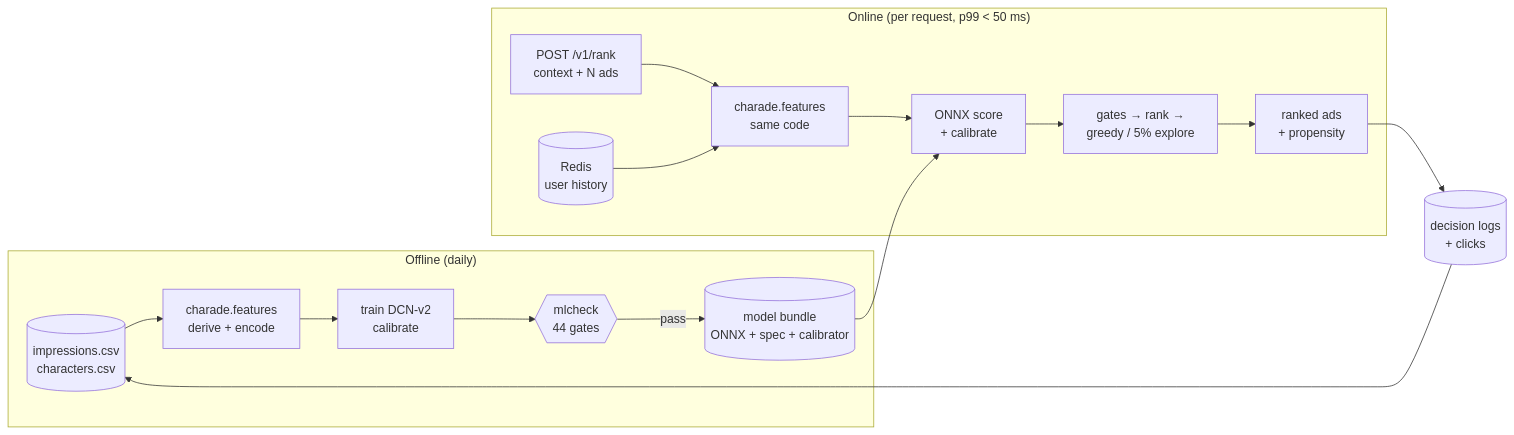
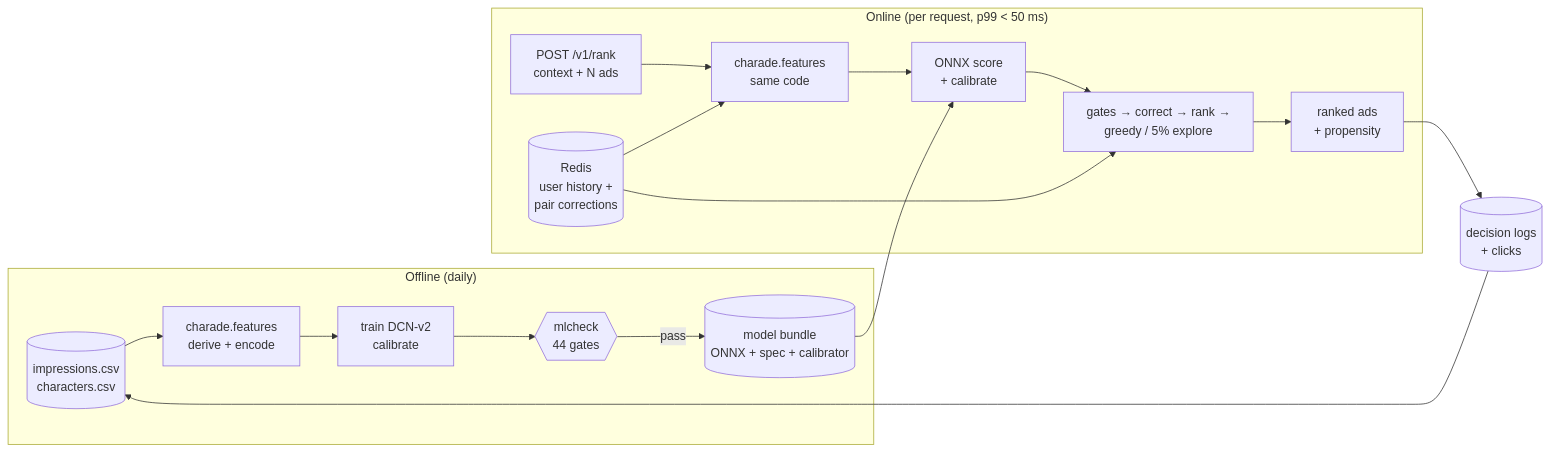
Before and after one commit to lucasbabur/charade: the diagram in README.md, drawn with Mermaid. The commit also changed other lines of this file and 24 other files, not shown here.

````diff
--- a/README.md
+++ b/README.md
@@ -5,17 +5,18 @@
 ```mermaid
 flowchart LR
     subgraph offline["Offline (daily)"]
         raw[(impressions.csv<br/>characters.csv)] --> feat1[charade.features<br/>derive + encode]
         feat1 --> train[train DCN-v2<br/>calibrate]
         train --> gates{{mlcheck<br/>44 gates}}
         gates -- pass --> bundle[(model bundle<br/>ONNX + spec + calibrator)]
     end
     subgraph online["Online (per request, p99 < 50 ms)"]
         req[POST /v1/rank<br/>context + N ads] --> feat2[charade.features<br/>same code]
-        store[(Redis<br/>user history)] --> feat2
+        store[(Redis<br/>user history +<br/>pair corrections)] --> feat2
         bundle --> score[ONNX score<br/>+ calibrate]
-        feat2 --> score --> policy[gates → rank →<br/>greedy / 5% explore]
+        store --> policy
+        feat2 --> score --> policy[gates → correct → rank →<br/>greedy / 5% explore]
         policy --> resp[ranked ads<br/>+ propensity]
     end
     resp --> log[(decision logs<br/>+ clicks)] --> raw
 ```
````
